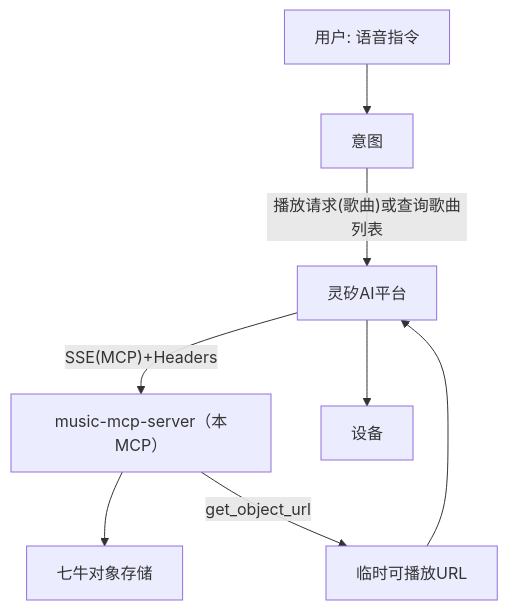
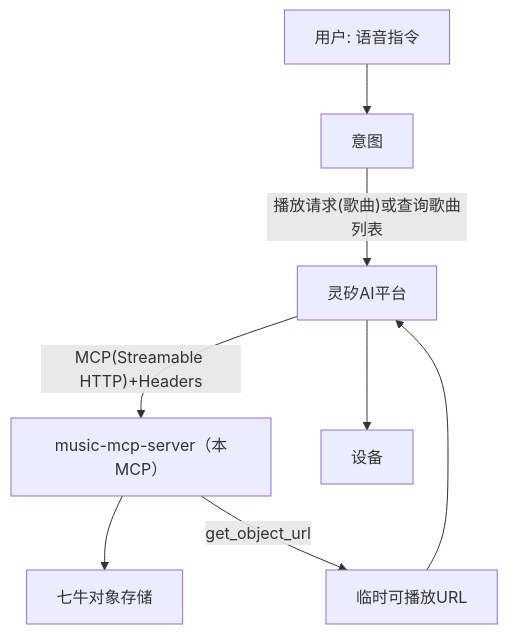
One commit to qiniu/Xrobot-docs changed the diagram in docs/xrobot/mcp/example-music-pan.md. Above: the diagram before and after it, drawn with Mermaid. The commit also changed other lines of this file and 4 other files, not shown here.

````diff
--- a/docs/xrobot/mcp/example-music-pan.md
+++ b/docs/xrobot/mcp/example-music-pan.md
@@ -19,10 +19,10 @@
 ```mermaid
 flowchart TD
     U["用户: 语音指令"] --> NLU["意图"]
     NLU -->|"播放请求(歌曲)或查询歌曲列表"| SVR["灵矽AI平台"]
-    SVR -->|"SSE(MCP)+Headers"| MCP["music-mcp-server（本MCP）"]
+    SVR -->|"MCP(Streamable HTTP)+Headers"| MCP["music-mcp-server（本MCP）"]
     MCP --> KODO["七牛对象存储"]
     MCP -->|"get_object_url"| URL["临时可播放URL"]
     URL --> SVR
     SVR --> DEVICE["设备"]
 ```
````
